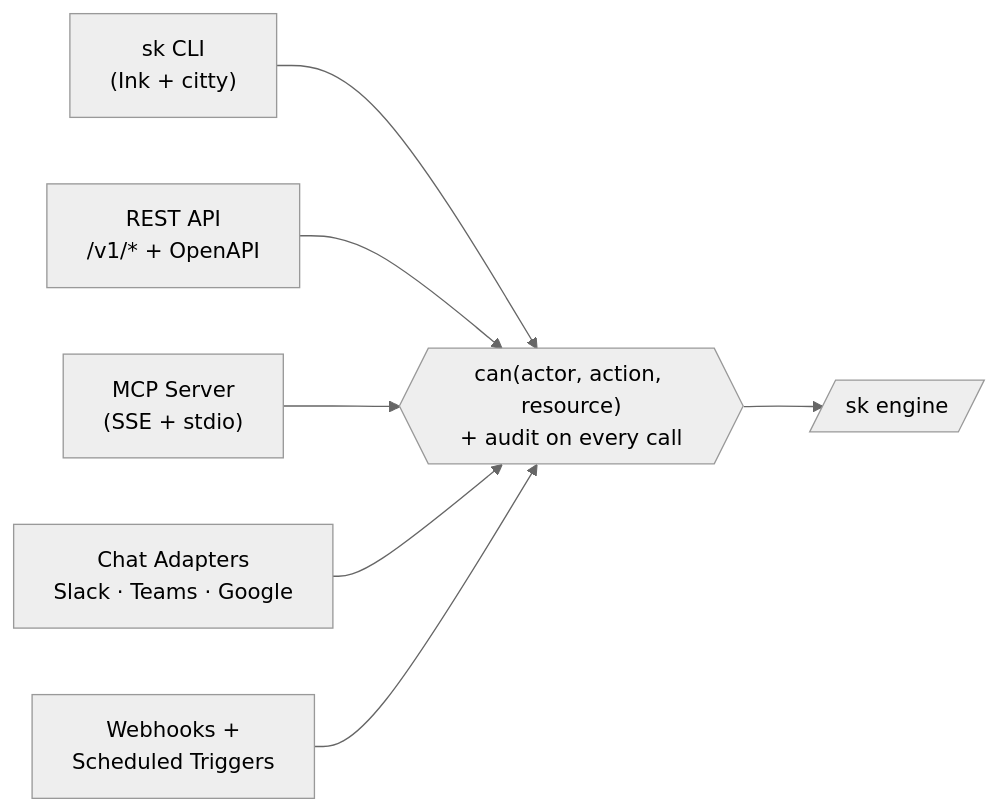
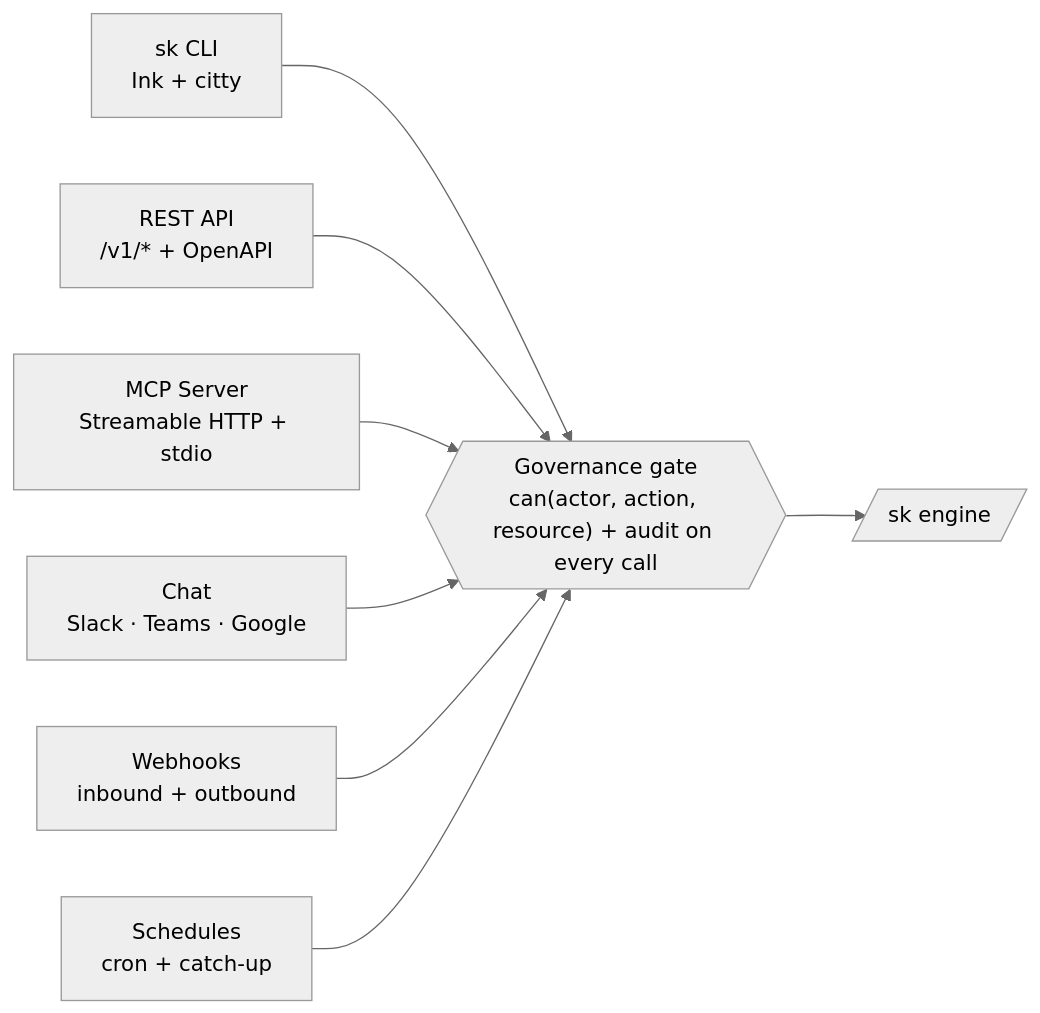
Before and after one commit to MikeBild/subkit: the first of 2 diagrams in docs/developers/input-surfaces.md, drawn with Mermaid (neutral theme). The commit also changed other lines of this file and 17 other files, not shown here.

First line of the commit message:
docs: restyle the Tier-B deep reference pages with Mermaid + outcome-first framing

````diff
--- a/docs/developers/input-surfaces.md
+++ b/docs/developers/input-surfaces.md
@@ -14,17 +23,19 @@
 ```mermaid
 flowchart LR
-    CLI["sk CLI<br/>(Ink + citty)"]
-    HTTP["REST API<br/>/v1/* + OpenAPI"]
-    MCP["MCP Server<br/>(SSE + stdio)"]
-    Chat["Chat Adapters<br/>Slack · Teams · Google"]
-    Hook["Webhooks +<br/>Scheduled Triggers"]
-    Gate{{"can(actor, action, resource)<br/>+ audit on every call"}}
+    CLI["sk CLI<br/>Ink + citty"]
+    REST["REST API<br/>/v1/* + OpenAPI"]
+    MCP["MCP Server<br/>Streamable HTTP + stdio"]
+    Chat["Chat<br/>Slack · Teams · Google"]
+    Hook["Webhooks<br/>inbound + outbound"]
+    Cron["Schedules<br/>cron + catch-up"]
+    Gate{{"Governance gate<br/>can(actor, action, resource) + audit on every call"}}
     Engine[/"sk engine"/]
 
     CLI --> Gate
-    HTTP --> Gate
+    REST --> Gate
     MCP --> Gate
     Chat --> Gate
     Hook --> Gate
+    Cron --> Gate
     Gate --> Engine
 ```
````
